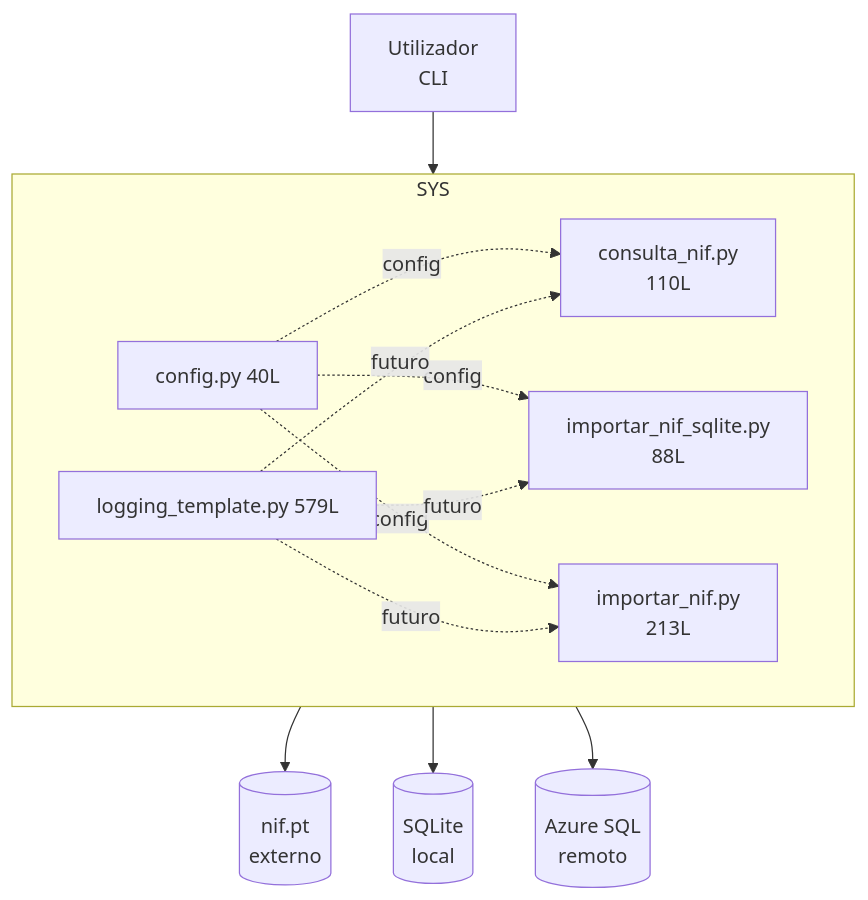
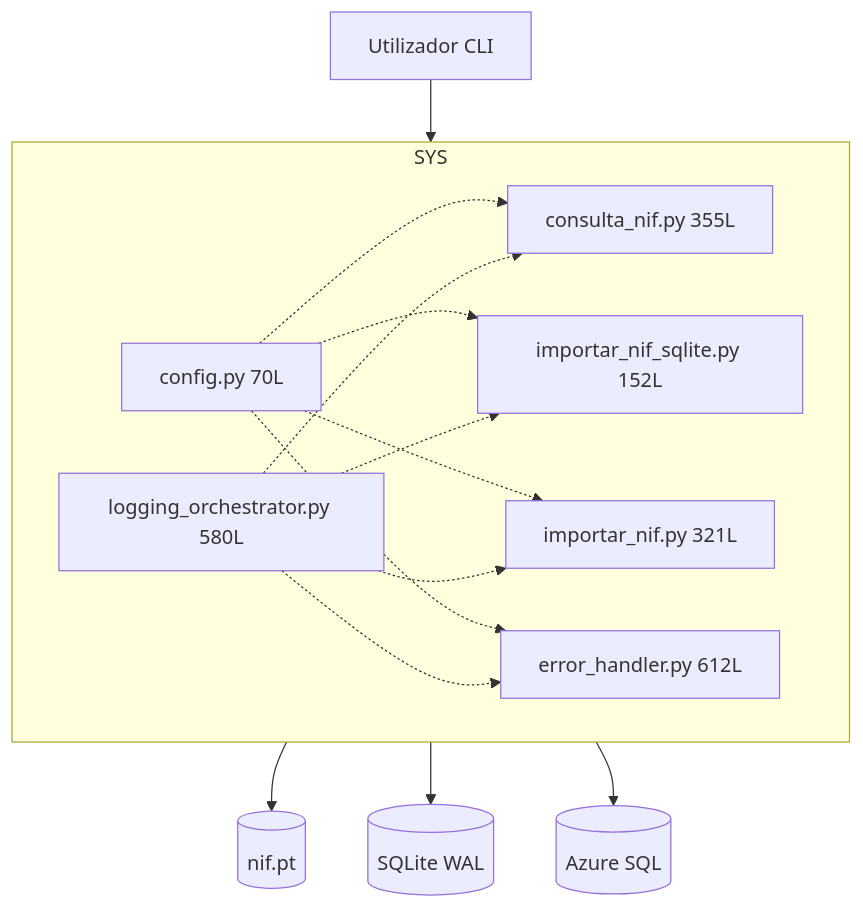
The seventh of 8 diagrams in docs/architecture/diagrams.md (nunoetome/nif-pt), drawn with Mermaid before and after one commit. The commit also changed other lines of this file and 19 other files, not shown here.

````diff
--- a/docs/architecture/diagrams.md
+++ b/docs/architecture/diagrams.md
@@ -219,16 +225,17 @@
 ```mermaid
 graph TB
-    U[Utilizador<br/>CLI] --> SYS[nif-pt<br/>Python 3.11 CLI]
+    U[Utilizador CLI] --> SYS[nif-pt v1.0.0<br/>Python 3.11]
     subgraph SYS
-        C[consulta_nif.py<br/>110L]
-        S[importar_nif_sqlite.py<br/>88L]
-        A[importar_nif.py<br/>213L]
-        CFG[config.py 40L]
-        LOG[logging_template.py 579L]
+        C[consulta_nif.py 355L]
+        E[error_handler.py 612L]
+        S[importar_nif_sqlite.py 152L]
+        A[importar_nif.py 321L]
+        CFG[config.py 70L]
+        LOG[logging_orchestrator.py 580L]
     end
-    SYS --> API[(nif.pt<br/>externo)]
-    SYS --> DB1[(SQLite<br/>local)]
-    SYS --> DB2[(Azure SQL<br/>remoto)]
-    CFG -. config .-> C & S & A
-    LOG -. futuro .-> C & S & A
+    SYS --> API[(nif.pt)]
+    SYS --> DB1[(SQLite WAL)]
+    SYS --> DB2[(Azure SQL)]
+    CFG -.-> C & S & A & E
+    LOG -.-> C & S & A & E
 ```
````
